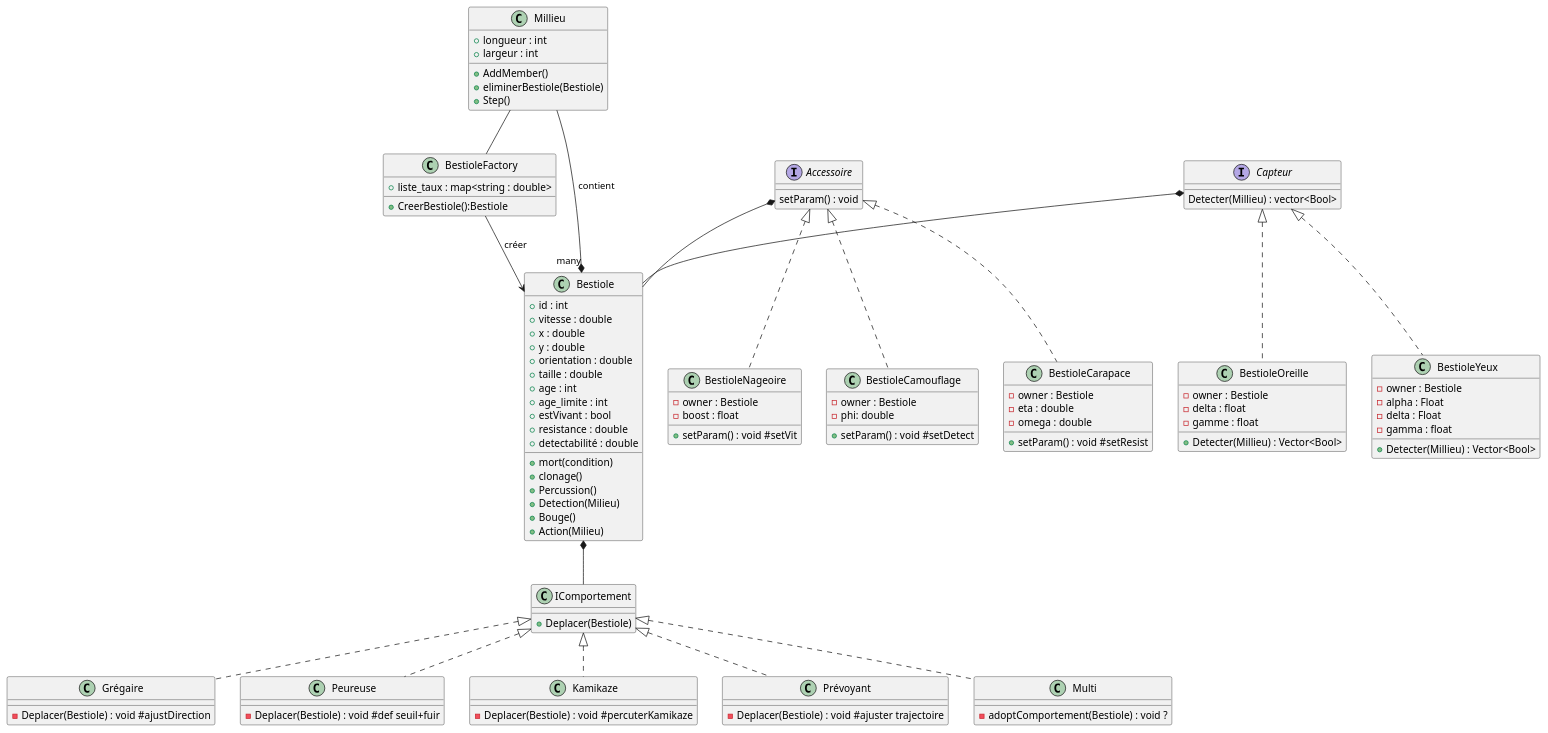
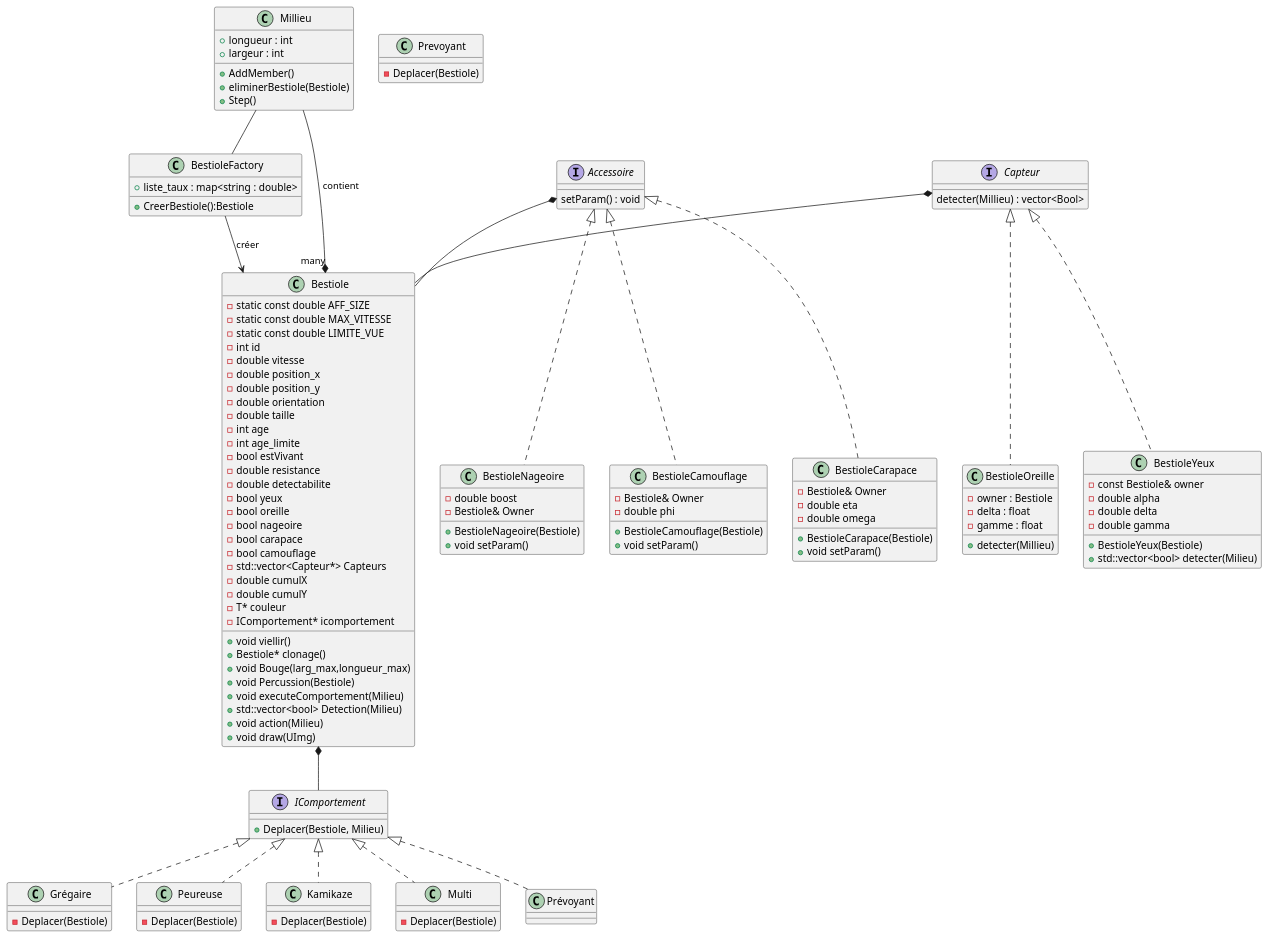
Before and after one commit to Faberra57/BE: the diagram in diagramme.puml, drawn with PlantUML.

Commit message:
diag uml

```diff
--- a/diagramme.puml
+++ b/diagramme.puml
@@ -1,133 +1,158 @@
 @startuml dd
 
 class BestioleFactory {
   + liste_taux : map<string : double>
   + CreerBestiole():Bestiole
 }
 
 class Bestiole {
-    + id : int
-    + vitesse : double
-    + x : double
-    + y : double
-    + orientation : double
-    + taille : double
-    + age : int
-    + age_limite : int
-    + estVivant : bool
-    + resistance : double
-    + detectabilité : double
-    + mort(condition)
-    + clonage()
-    + Percussion()
-    + Detection(Milieu)
-    + Bouge()
-    + Action(Milieu)
+  - static const double AFF_SIZE
+  - static const double MAX_VITESSE
+  - static const double LIMITE_VUE
+  - int id
+  - double vitesse
+  - double position_x
+  - double position_y
+  - double orientation
+  - double taille
+  - int age
+  - int age_limite
+  - bool estVivant
+  - double resistance
+  - double detectabilite
+  - bool yeux
+  - bool oreille
+  - bool nageoire
+  - bool carapace
+  - bool camouflage
+  - std::vector<Capteur*> Capteurs
+  - double cumulX
+  - double cumulY
+  - T* couleur
+  - IComportement* icomportement
+
+  + void viellir()
+  + Bestiole* clonage()
+  + void Bouge(larg_max,longueur_max)
+  + void Percussion(Bestiole)
+  + void executeComportement(Milieu)
+  + std::vector<bool> Detection(Milieu)
+  + void action(Milieu)
+  + void draw(UImg)
 }
 
 class Millieu {
  + longueur : int
  + largeur : int
  +AddMember()
  +eliminerBestiole(Bestiole)
  +Step()
 }
 
 class BestioleOreille {
     - owner : Bestiole
     - delta : float
     - gamme : float
-    + Detecter(Millieu) : Vector<Bool> 
+    + detecter(Millieu) 
 
 }
 
 Interface Accessoire {
   setParam() : void
 }
 
 Interface Capteur {
-  Detecter(Millieu) : vector<Bool>
+  detecter(Millieu) : vector<Bool>
 }
 
 
 class BestioleNageoire {
-    - owner : Bestiole  
-    - boost : float
-    + setParam() : void #setVit
+  - double boost
+  - Bestiole& Owner
+
+  + BestioleNageoire(Bestiole)
+  + void setParam()
 }
 
 class BestioleCamouflage {
-  - owner : Bestiole
-  - phi: double
-  + setParam() : void #setDetect
+  - Bestiole& Owner
+  - double phi
+
+  + BestioleCamouflage(Bestiole)
+  + void setParam()
 }
 
 class BestioleCarapace {
-  - owner : Bestiole
-  - eta : double
-  - omega : double
-  + setParam() : void #setResist
+  - Bestiole& Owner
+  - double eta
+  - double omega
+
+  + BestioleCarapace(Bestiole)
+  + void setParam()
 }
 
+
 class BestioleYeux {
-  - owner : Bestiole
-  - alpha : Float
-  - delta : Float
-  - gamma : float
-  + Detecter(Millieu) : Vector<Bool>
+  - const Bestiole& owner
+  - double alpha
+  - double delta
+  - double gamma
+
+  + BestioleYeux(Bestiole)
+  + std::vector<bool> detecter(Milieu)
 }
 
-class IComportement {
-  + Deplacer(Bestiole)
+interface IComportement {
+  + Deplacer(Bestiole, Milieu)
 }
 
 class Grégaire {
-    -Deplacer(Bestiole) : void #ajustDirection
+    -Deplacer(Bestiole) 
 
 }
 
 class Peureuse{
-    -Deplacer(Bestiole) : void #def seuil+fuir
+    -Deplacer(Bestiole) 
 
 }
 
 class Kamikaze{
-    -Deplacer(Bestiole) : void #percuterKamikaze
+    -Deplacer(Bestiole) 
 }
 
-class Prévoyant{
-    -Deplacer(Bestiole) : void #ajuster trajectoire
+class Prevoyant{
+    -Deplacer(Bestiole) 
 
 }
 
 
 class Multi{
-    -adoptComportement(Bestiole) : void ?
+    -Deplacer(Bestiole) 
 }
 
 BestioleFactory --> Bestiole : créer
 
 Capteur *-- Bestiole
 Capteur<|..BestioleOreille
 Capteur<|..BestioleYeux
 
 IComportement <|.. Grégaire
 IComportement <|.. Peureuse
 IComportement <|.. Kamikaze
 IComportement <|.. Prévoyant
 IComportement <|.. Multi
 Bestiole *-- IComportement
 
 
 
 Accessoire <|..BestioleNageoire
 Accessoire <|..BestioleCarapace
 Accessoire <|..BestioleCamouflage
 Accessoire *-- Bestiole
 
 
 Millieu --* "many" Bestiole : contient
 
 Millieu -- BestioleFactory
 
 @enduml
```
